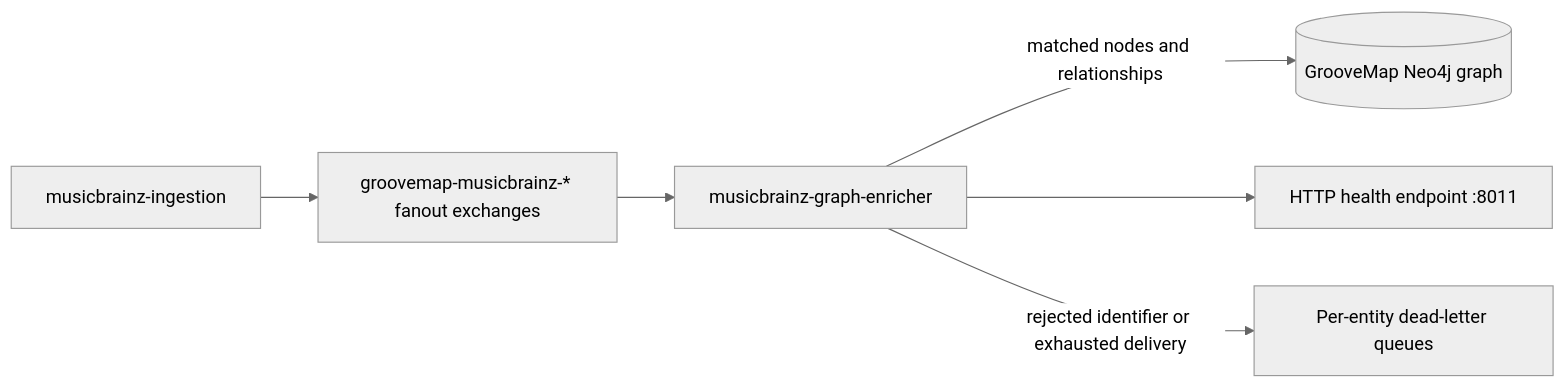
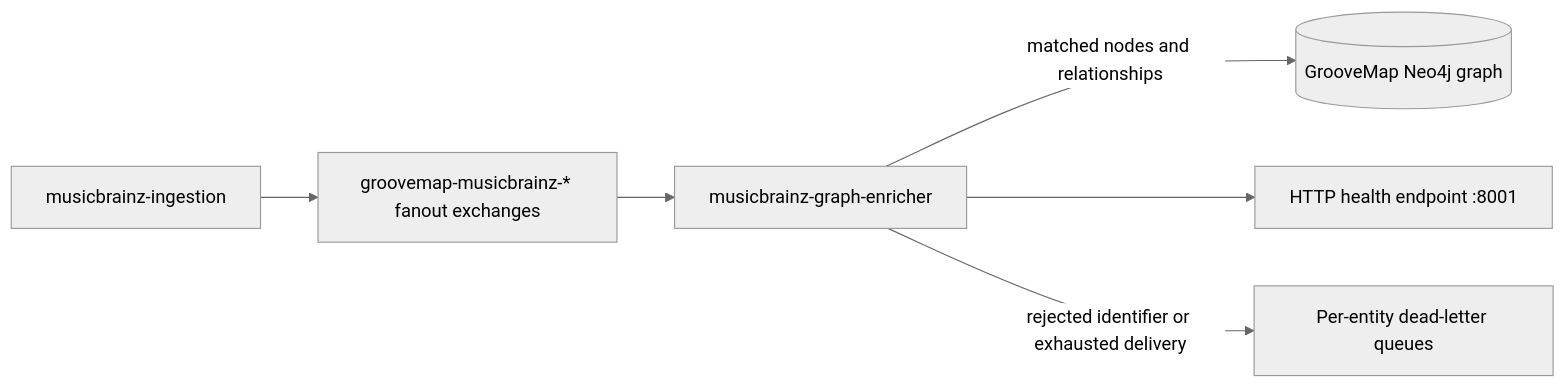
Before and after one commit to groovemap-music/musicbrainz-graph-enricher: the diagram in README.md, drawn with Mermaid (neutral theme). The commit also changed other lines of this file and 5 other files, not shown here.

````diff
--- a/README.md
+++ b/README.md
@@ -10,14 +10,14 @@
 ```mermaid
 flowchart LR
     Producer[musicbrainz-ingestion]
     Exchange[groovemap-musicbrainz-* fanout exchanges]
     Service[musicbrainz-graph-enricher]
     Graph[(GrooveMap Neo4j graph)]
-    Health[HTTP health endpoint :8011]
+    Health[HTTP health endpoint :8001]
     DLQ[Per-entity dead-letter queues]
 
     Producer --> Exchange --> Service
     Service -->|matched nodes and relationships| Graph
     Service --> Health
     Service -->|rejected identifier or exhausted delivery| DLQ
 ```
````
